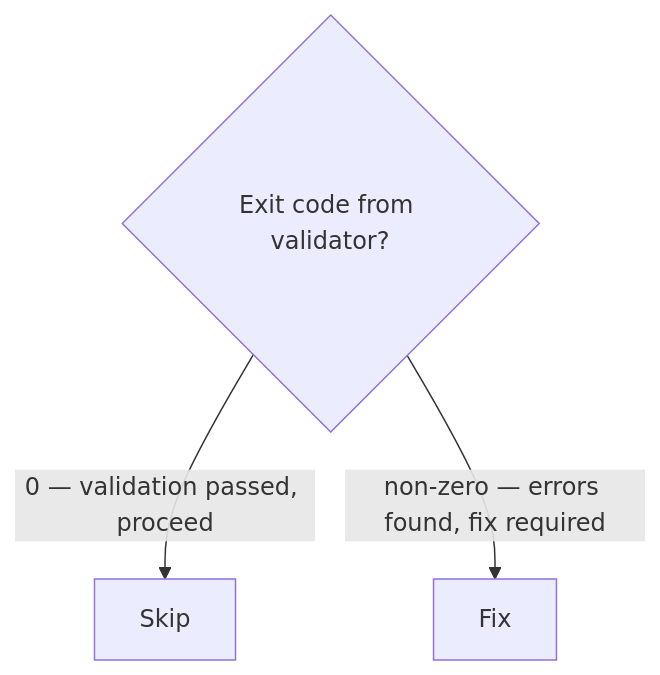
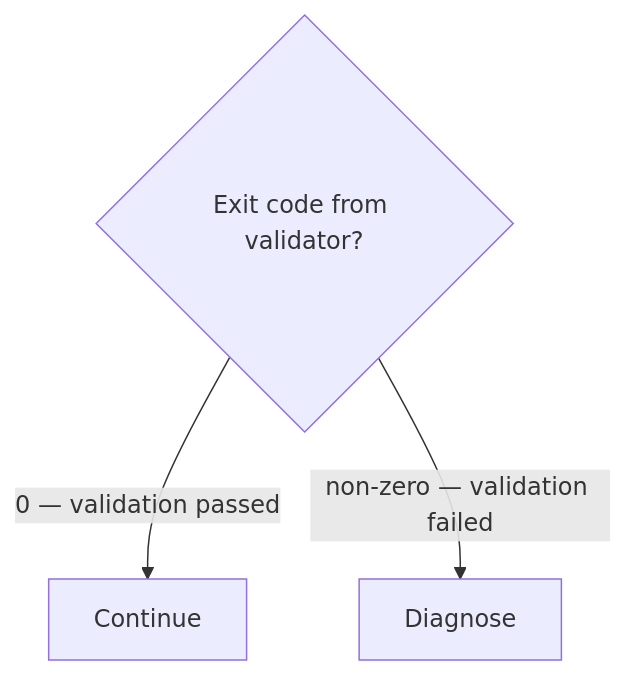
The third of 7 diagrams in plugins/process-siren/agents/process-siren.md (Jamie-BitFlight/claude_skills), drawn with Mermaid before and after one commit. The commit also changed other lines of this file and 6 other files, not shown here.

````diff
--- a/plugins/process-siren/agents/process-siren.md
+++ b/plugins/process-siren/agents/process-siren.md
@@ -100,6 +99,6 @@
 ```mermaid
 flowchart TD
     Q{"Exit code from validator?"}
-    Q -->|"0 — validation passed, proceed"| Skip
-    Q -->|"non-zero — errors found, fix required"| Fix
+    Q -->|"0 — validation passed"| Continue
+    Q -->|"non-zero — validation failed"| Diagnose
 ```
````
